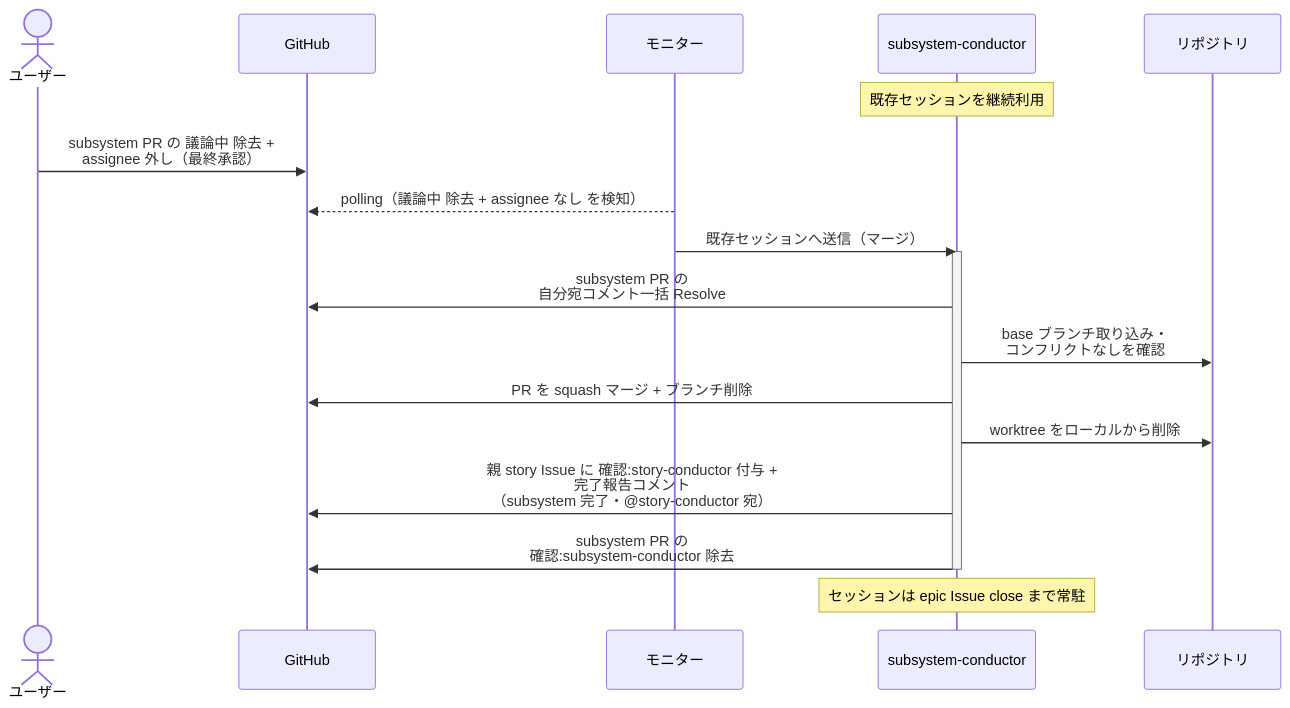
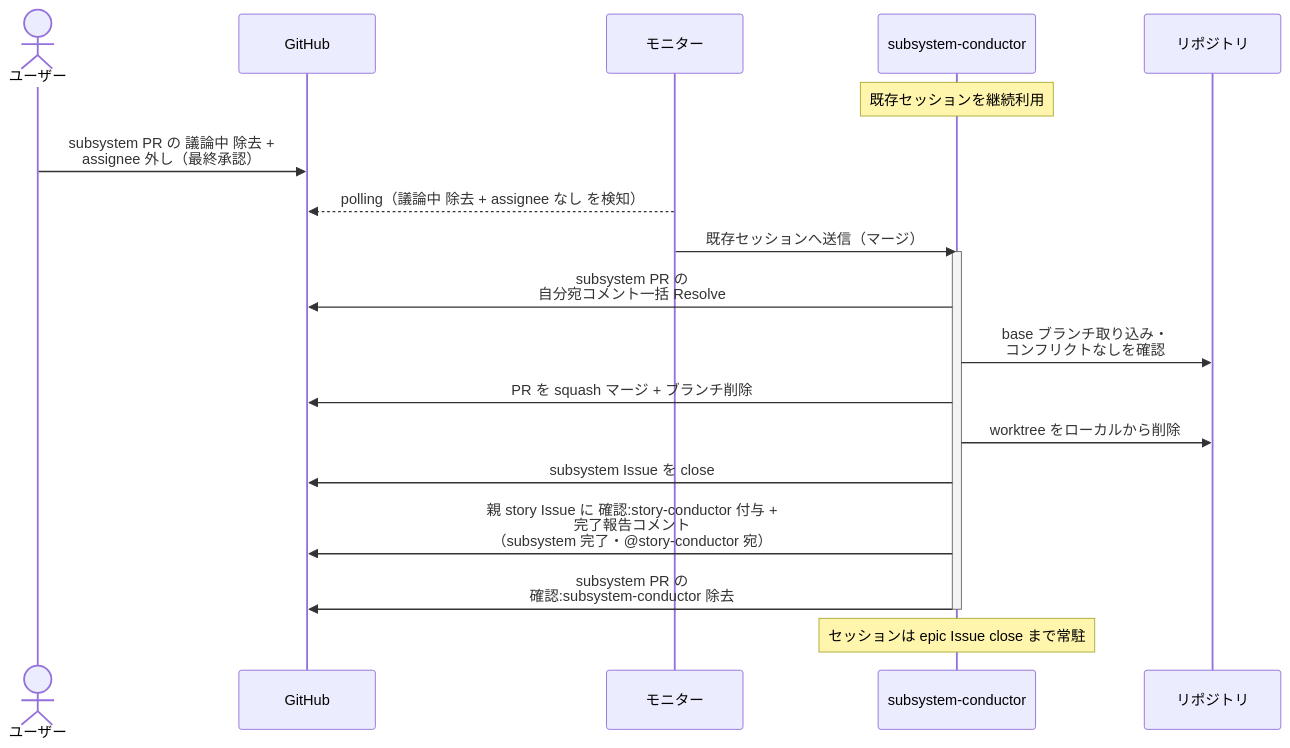
Before and after one commit to shuhei1101/ai-monitor: the first of 6 diagrams in docs/wiki/設計図/シナリオ/単一ユースケース/マージ.md, drawn with Mermaid. The commit also changed other lines of this file and 52 other files, not shown here.

````diff
--- a/docs/wiki/設計図/シナリオ/単一ユースケース/マージ.md
+++ b/docs/wiki/設計図/シナリオ/単一ユースケース/マージ.md
@@ -28,22 +28,23 @@
 ```mermaid
 sequenceDiagram
   actor U as ユーザー
   participant GH as GitHub
   participant ORC as モニター
   participant MON as subsystem-conductor
   participant REPO as リポジトリ
 
   Note over MON: 既存セッションを継続利用
   U->>GH: subsystem PR の 議論中 除去 +<br>assignee 外し（最終承認）
   ORC-->>GH: polling（議論中 除去 + assignee なし を検知）
   ORC->>MON: 既存セッションへ送信（マージ）
   activate MON
   MON->>GH: subsystem PR の<br>自分宛コメント一括 Resolve
   MON->>REPO: base ブランチ取り込み・<br>コンフリクトなしを確認
   MON->>GH: PR を squash マージ + ブランチ削除
   MON->>REPO: worktree をローカルから削除
+  MON->>GH: subsystem Issue を close
   MON->>GH: 親 story Issue に 確認:story-conductor 付与 +<br>完了報告コメント<br>（subsystem 完了・@story-conductor 宛）
   MON->>GH: subsystem PR の<br>確認:subsystem-conductor 除去
   deactivate MON
   Note over MON: セッションは epic Issue close まで常駐
 ```
````
